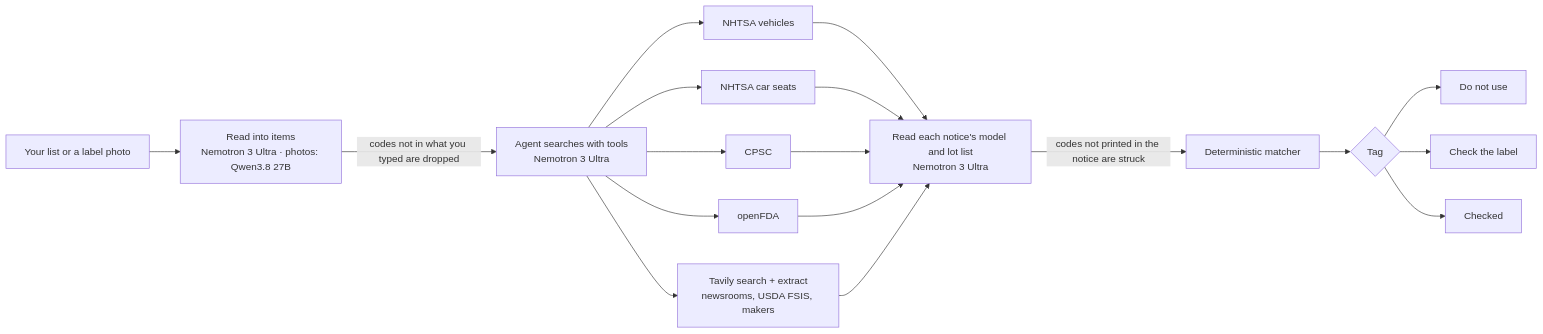
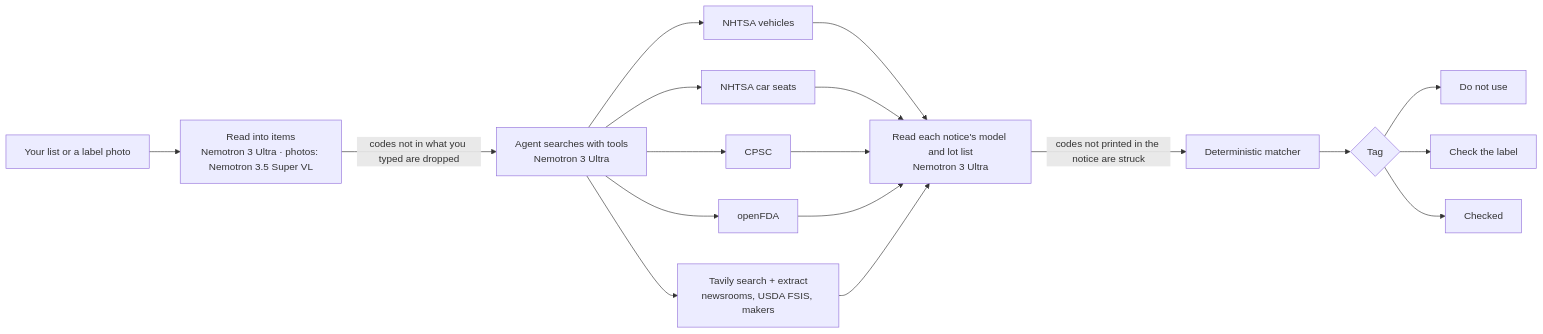
The diagram in README.md (RohanGlitched/tagout), drawn with Mermaid before and after one commit. The commit also changed other lines of this file and 21 other files, not shown here.

````diff
--- a/README.md
+++ b/README.md
@@ -73,16 +87,16 @@
 ```mermaid
 flowchart LR
-  A[Your list or a label photo] --> B[Read into items<br/>Nemotron 3 Ultra · photos: Qwen3.8 27B]
+  A[Your list or a label photo] --> B[Read into items<br/>Nemotron 3 Ultra · photos: Nemotron 3.5 Super VL]
   B -->|codes not in what you typed are dropped| C[Agent searches with tools<br/>Nemotron 3 Ultra]
   C --> D1[NHTSA vehicles]
   C --> D2[NHTSA car seats]
   C --> D3[CPSC]
   C --> D4[openFDA]
   C --> D5[Tavily search + extract<br/>newsrooms, USDA FSIS, makers]
   D1 & D2 & D3 & D4 & D5 --> E[Read each notice's model and lot list<br/>Nemotron 3 Ultra]
   E -->|codes not printed in the notice are struck| F[Deterministic matcher]
   F --> G{Tag}
   G --> R[Do not use]
   G --> O[Check the label]
   G --> K[Checked]
 ```
````
